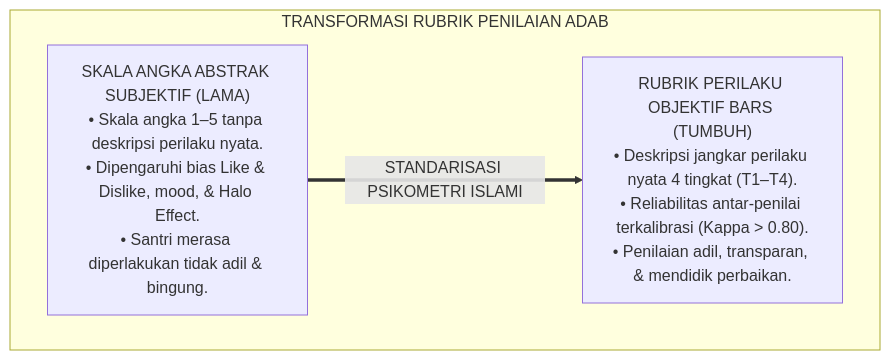
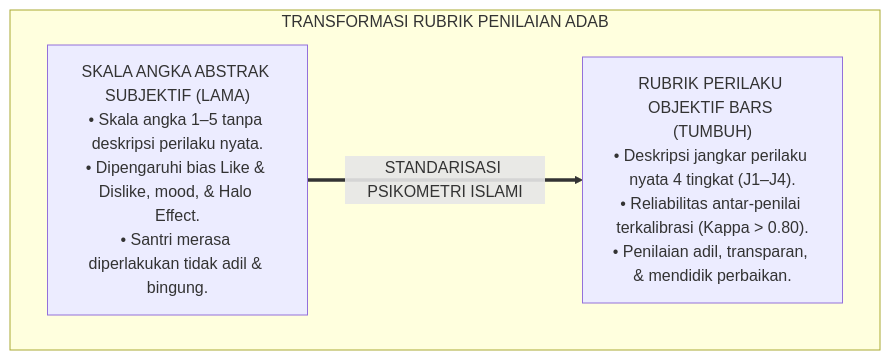
The first of 7 diagrams in 02 Principles/05 Assessment Principles/P2-05-02-Prinsip-Rubrik-Perilaku-Objektif-dan-Deskriptif.md (wandiapriliyandi/tumbuh), drawn with Mermaid before and after one commit. The commit also changed other lines of this file and 209 other files, not shown here.

````diff
--- a/02 Principles/05 Assessment Principles/P2-05-02-Prinsip-Rubrik-Perilaku-Objektif-dan-Deskriptif.md
+++ b/02 Principles/05 Assessment Principles/P2-05-02-Prinsip-Rubrik-Perilaku-Objektif-dan-Deskriptif.md
@@ -61,10 +61,10 @@
 ```mermaid
 flowchart TD
     subgraph TransformasiRubrikPenilaian["TRANSFORMASI RUBRIK PENILAIAN ADAB"]
         LikertAbstrak["SKALA ANGKA ABSTRAK SUBJEKTIF (LAMA)<br/>• Skala angka 1–5 tanpa deskripsi perilaku nyata.<br/>• Dipengaruhi bias Like & Dislike, mood, & Halo Effect.<br/>• Santri merasa diperlakukan tidak adil & bingung."]
         
-        BARSTUMBUH["RUBRIK PERILAKU OBJEKTIF BARS (TUMBUH)<br/>• Deskripsi jangkar perilaku nyata 4 tingkat (T1–T4).<br/>• Reliabilitas antar-penilai terkalibrasi (Kappa > 0.80).<br/>• Penilaian adil, transparan, & mendidik perbaikan."]
+        BARSTUMBUH["RUBRIK PERILAKU OBJEKTIF BARS (TUMBUH)<br/>• Deskripsi jangkar perilaku nyata 4 tingkat (J1–J4).<br/>• Reliabilitas antar-penilai terkalibrasi (Kappa > 0.80).<br/>• Penilaian adil, transparan, & mendidik perbaikan."]
         
         LikertAbstrak ==>|STANDARISASI PSIKOMETRI ISLAMI| BARSTUMBUH
     end
 ```
````
